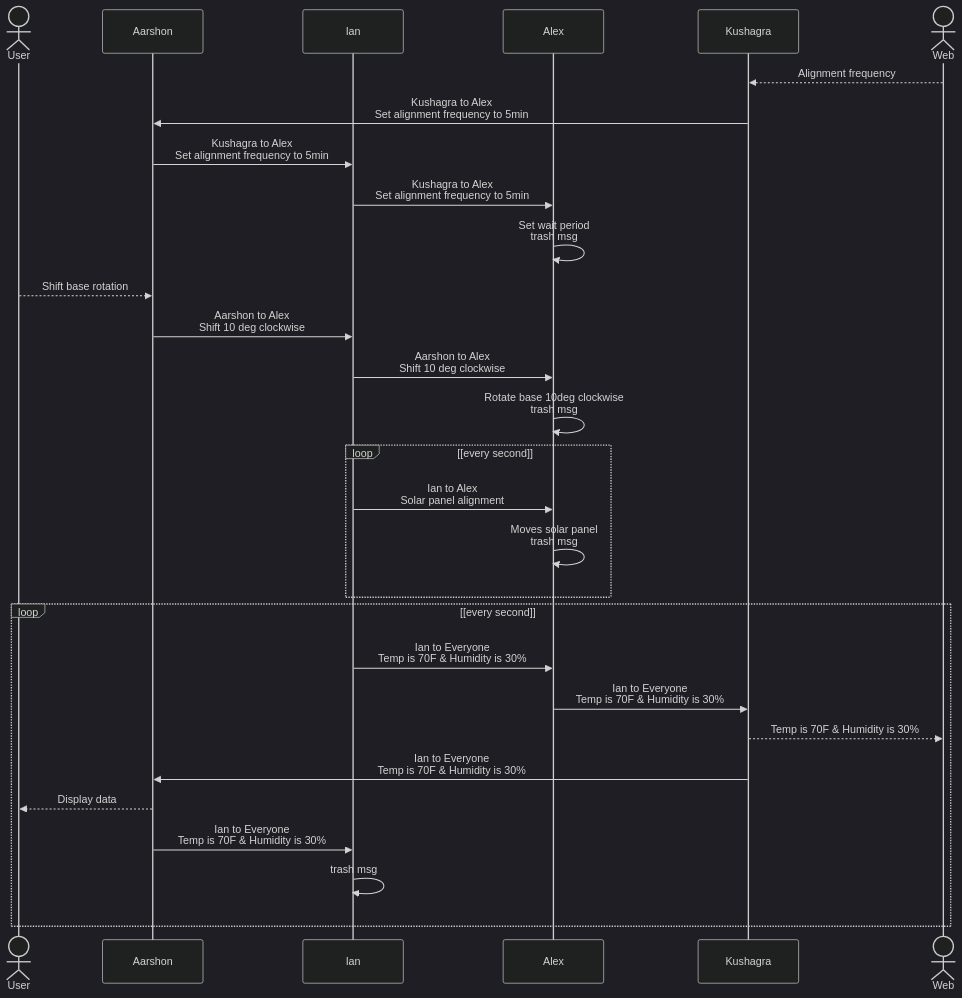
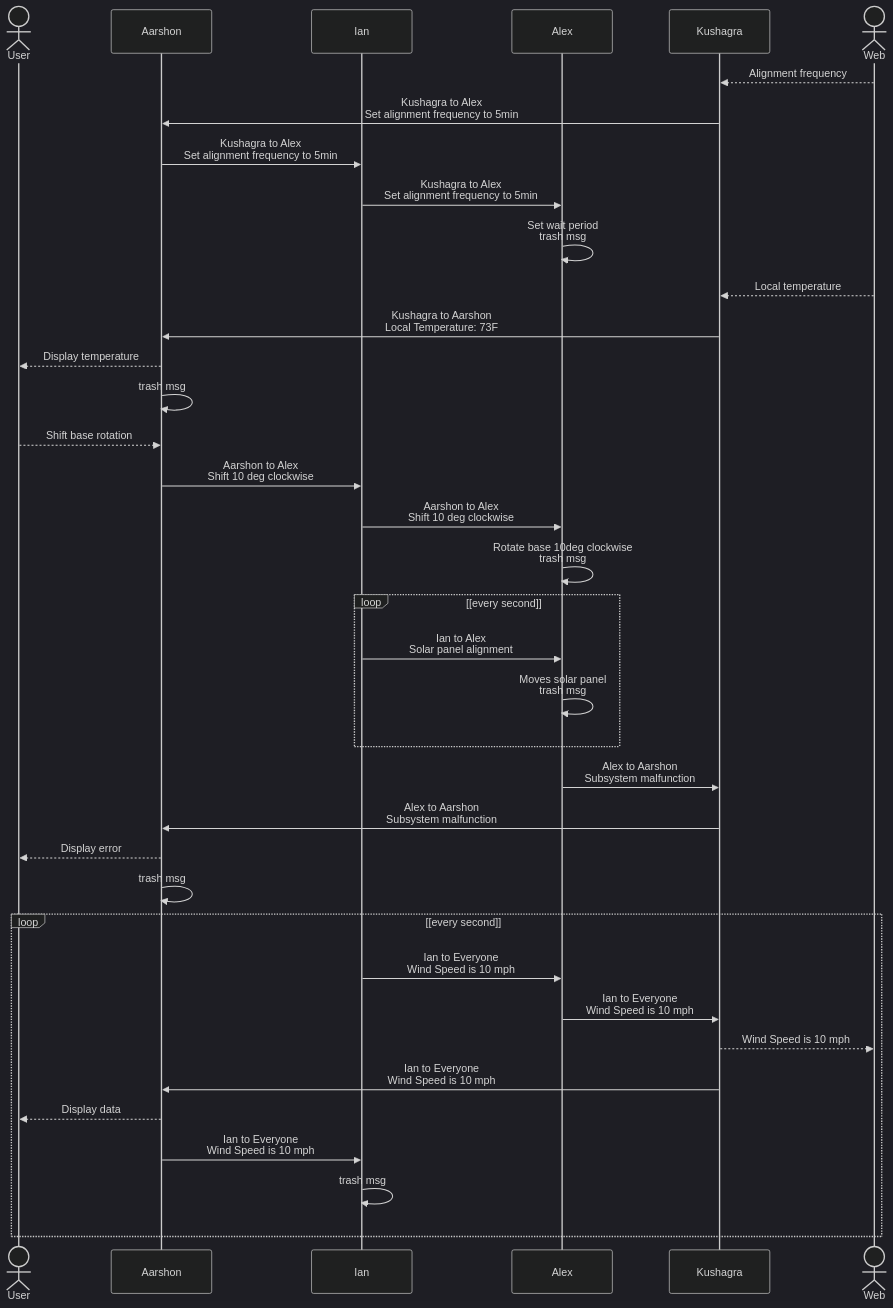
The diagram in docs/block.md (EGR314-2025-S-306/EGR314-Team306), drawn with Mermaid (dark theme) before and after one commit.

Commit message:
update process diagram to show all types

````diff
--- a/docs/block.md
+++ b/docs/block.md
@@ -28,31 +28,39 @@
 ``` mermaid
 sequenceDiagram
     actor u as User
     participant a as Aarshon
     participant i as Ian
     participant c as Alex
     participant k as Kushagra
     actor w as Web
     w-->>k: Alignment frequency
     k->>a: Kushagra to Alex<br>Set alignment frequency to 5min
     a->>i: Kushagra to Alex<br>Set alignment frequency to 5min
     i->>c: Kushagra to Alex<br>Set alignment frequency to 5min
     c->>c: Set wait period<br>trash msg
+    w-->>k: Local temperature
+    k->>a: Kushagra to Aarshon<br>Local Temperature: 73F
+    a-->>u: Display temperature
+    a->>a: trash msg
     u-->>a: Shift base rotation
     a->>i: Aarshon to Alex<br>Shift 10 deg clockwise
     i->>c: Aarshon to Alex<br>Shift 10 deg clockwise
     c->>c: Rotate base 10deg clockwise<br>trash msg
     loop [every second]
         i->>c: Ian to Alex<br>Solar panel alignment
         c->>c: Moves solar panel<br>trash msg
     end
+    c->>k: Alex to Aarshon<br>Subsystem malfunction
+    k->>a: Alex to Aarshon<br>Subsystem malfunction
+    a-->>u: Display error
+    a->>a: trash msg
     loop [every second]
-        i->>c: Ian to Everyone<br>Temp is 70F & Humidity is 30%
-        c->>k: Ian to Everyone<br>Temp is 70F & Humidity is 30%
-        k-->>w: Temp is 70F & Humidity is 30%
-        k->>a: Ian to Everyone<br>Temp is 70F & Humidity is 30%
+        i->>c: Ian to Everyone<br>Wind Speed is 10 mph
+        c->>k: Ian to Everyone<br>Wind Speed is 10 mph
+        k-->>w: Wind Speed is 10 mph
+        k->>a: Ian to Everyone<br>Wind Speed is 10 mph
         a-->>u: Display data
-        a->>i: Ian to Everyone<br>Temp is 70F & Humidity is 30%
+        a->>i: Ian to Everyone<br>Wind Speed is 10 mph
         i->>i: trash msg
     end
 ```
````
